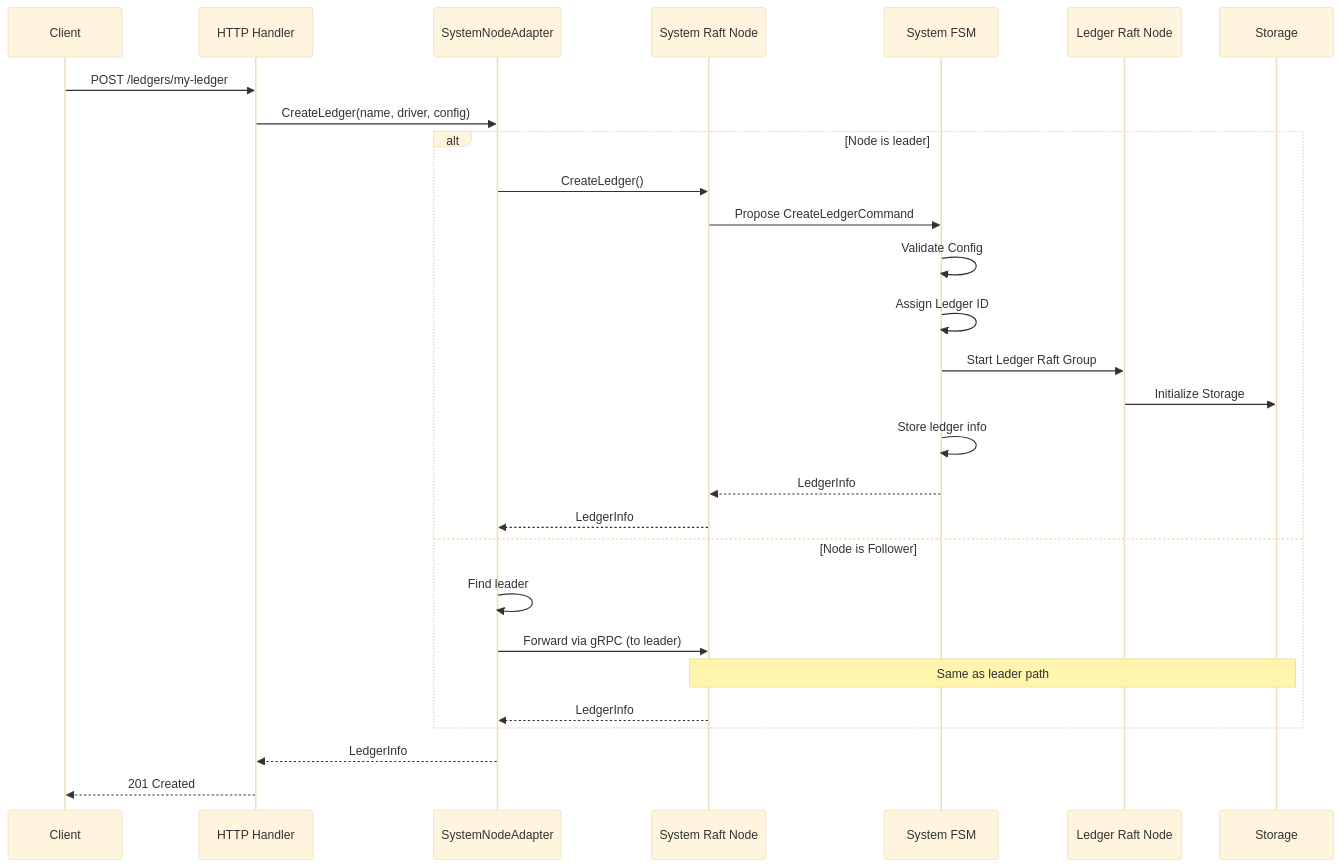
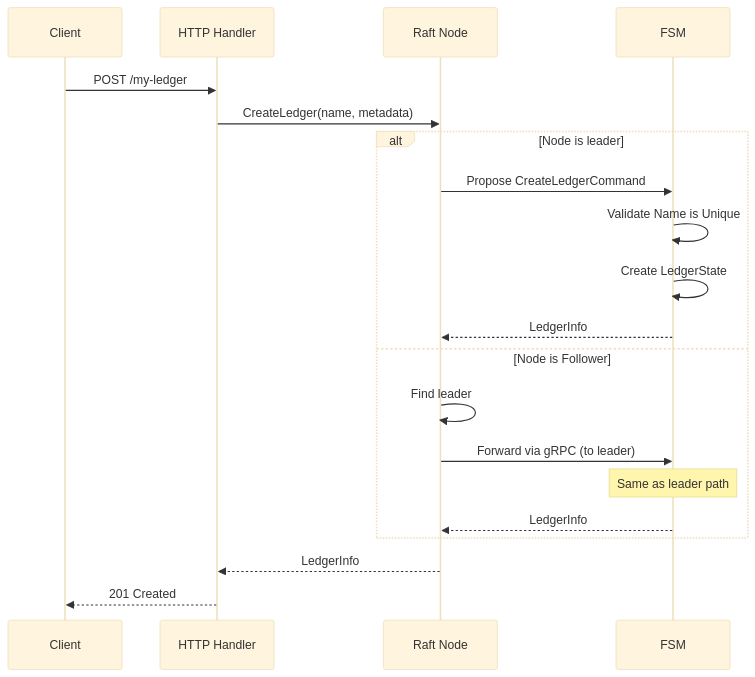
One commit to formancehq/ledger changed the first of 7 diagrams in docs/data-flows.md. Above: the diagram before and after it, drawn with Mermaid (base theme). The commit also changed other lines of this file and 41 other files, not shown here.

````diff
--- a/docs/data-flows.md
+++ b/docs/data-flows.md
@@ -13,33 +13,25 @@
 ```mermaid
 sequenceDiagram
     participant Client
     participant HTTP as HTTP Handler
-    participant Adapter as SystemNodeAdapter
-    participant SystemNode as System Raft Node
-    participant SystemFSM as System FSM
-    participant LedgerNode as Ledger Raft Node
-    participant Storage as Storage
+    participant RaftNode as Raft Node
+    participant FSM as FSM
     
-    Client->>HTTP: POST /ledgers/my-ledger
-    HTTP->>Adapter: CreateLedger(name, driver, config)
+    Client->>HTTP: POST /my-ledger
+    HTTP->>RaftNode: CreateLedger(name, metadata)
     
     alt Node is leader
-        Adapter->>SystemNode: CreateLedger()
-        SystemNode->>SystemFSM: Propose CreateLedgerCommand
-        SystemFSM->>SystemFSM: Validate Config
-        SystemFSM->>SystemFSM: Assign Ledger ID
-        SystemFSM->>LedgerNode: Start Ledger Raft Group
-        LedgerNode->>Storage: Initialize Storage
-        SystemFSM->>SystemFSM: Store ledger info
-        SystemFSM-->>SystemNode: LedgerInfo
-        SystemNode-->>Adapter: LedgerInfo
+        RaftNode->>FSM: Propose CreateLedgerCommand
+        FSM->>FSM: Validate Name is Unique
+        FSM->>FSM: Create LedgerState
+        FSM-->>RaftNode: LedgerInfo
     else Node is Follower
-        Adapter->>Adapter: Find leader
-        Adapter->>SystemNode: Forward via gRPC (to leader)
-        Note over SystemNode,Storage: Same as leader path
-        SystemNode-->>Adapter: LedgerInfo
+        RaftNode->>RaftNode: Find leader
+        RaftNode->>FSM: Forward via gRPC (to leader)
+        Note over FSM: Same as leader path
+        FSM-->>RaftNode: LedgerInfo
     end
     
-    Adapter-->>HTTP: LedgerInfo
+    RaftNode-->>HTTP: LedgerInfo
     HTTP-->>Client: 201 Created
 ```
````
